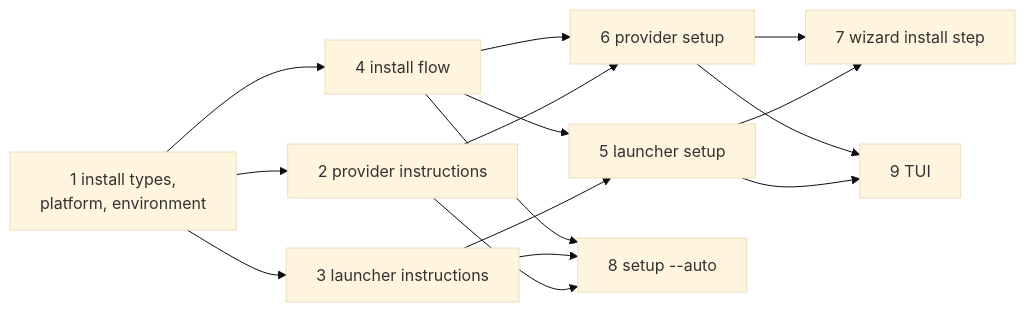
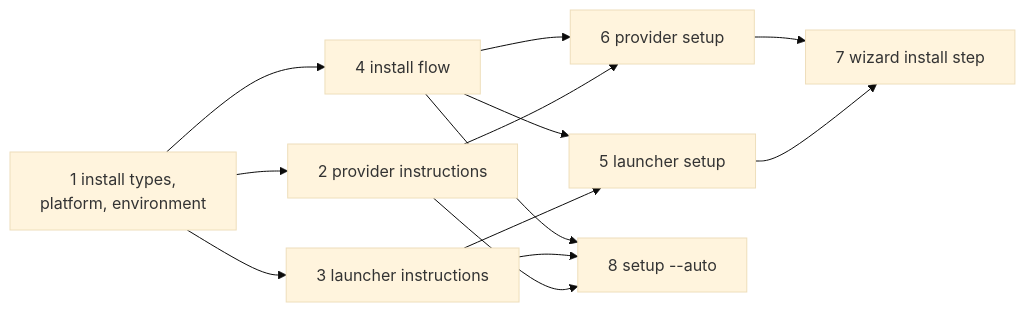
Before and after one commit to Fineturkey/granite-cli: the fourth of 4 diagrams in docs/specs/0028-from-scratch-setup.md, drawn with Mermaid (base theme). The commit also changed other lines of this file, not shown here.

First line of the commit message:
docs: Leave TUI out of spec 0028

````diff
--- a/docs/specs/0028-from-scratch-setup.md
+++ b/docs/specs/0028-from-scratch-setup.md
@@ -876,26 +852,23 @@
 ```mermaid
 flowchart LR
   s1["1 install types,<br/>platform, environment"]
   s2["2 provider instructions"]
   s3["3 launcher instructions"]
   s4["4 install flow"]
   s5["5 launcher setup"]
   s6["6 provider setup"]
   s7["7 wizard install step"]
   s8["8 setup --auto"]
-  s9["9 TUI"]
   s1 --> s2
   s1 --> s3
   s1 --> s4
   s3 --> s5
   s4 --> s5
   s2 --> s6
   s4 --> s6
   s5 --> s7
   s6 --> s7
-  s5 --> s9
-  s6 --> s9
   s2 --> s8
   s3 --> s8
   s4 --> s8
 ```
````
